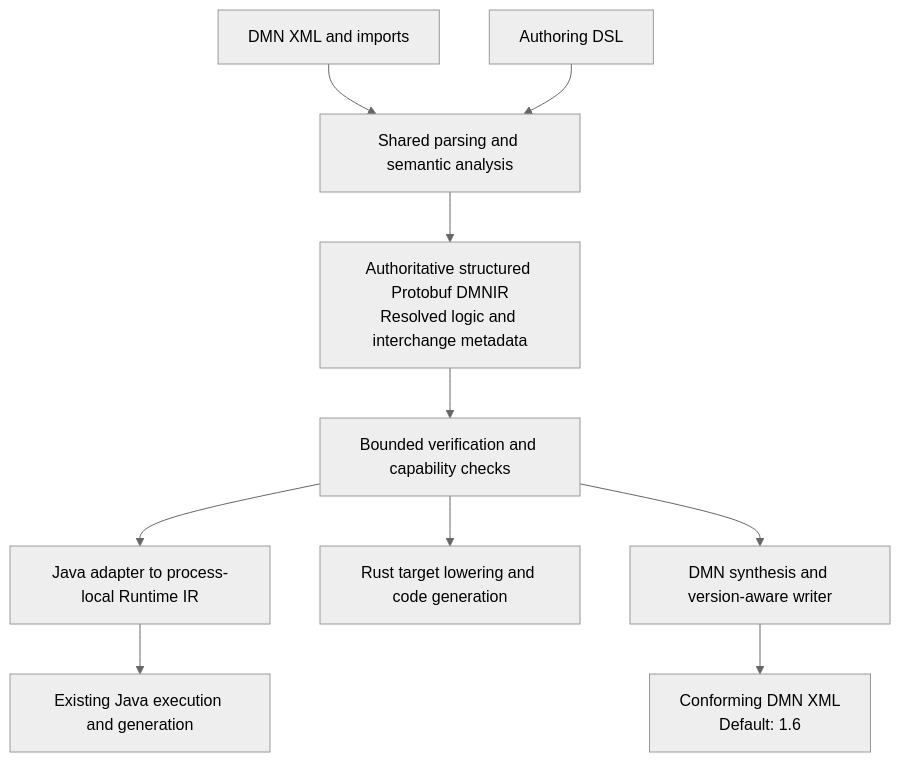
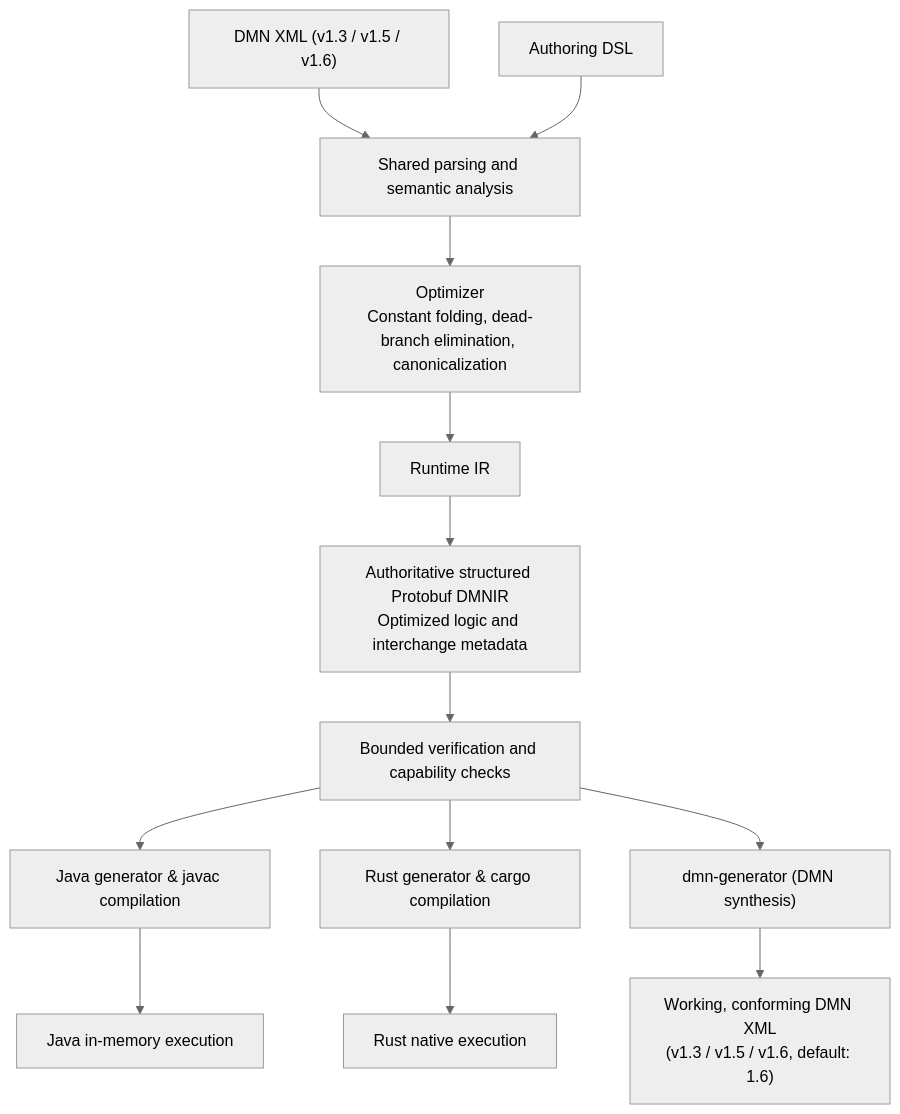
Before and after one commit to finmsg-io/dmn-compiler-toolkit: the diagram in docs/architecture/adr/adr-0026-structured-portable-dmnir.md, drawn with Mermaid. The commit also changed other lines of this file and 19 other files, not shown here.

Commit message:
feat(dmnir): advance list builtins, collection coercion, and fast portable Java TCK runner

````diff
--- a/docs/architecture/adr/adr-0026-structured-portable-dmnir.md
+++ b/docs/architecture/adr/adr-0026-structured-portable-dmnir.md
@@ -32,13 +32,16 @@
 ```mermaid
 %%{init: {'theme':'neutral'}}%%
 flowchart TD
-    XML["DMN XML and imports"] --> Shared["Shared parsing and semantic analysis"]
+    XML["DMN XML (v1.3 / v1.5 / v1.6)"] --> Shared["Shared parsing and semantic analysis"]
     DSL["Authoring DSL"] --> Shared
-    Shared --> Portable["Authoritative structured Protobuf DMNIR<br/>Resolved logic and interchange metadata"]
+    Shared --> Opt["Optimizer<br/>Constant folding, dead-branch elimination, canonicalization"]
+    Opt --> RuntimeIR["Runtime IR"]
+    RuntimeIR --> Portable["Authoritative structured Protobuf DMNIR<br/>Optimized logic and interchange metadata"]
     Portable --> Verify["Bounded verification and capability checks"]
-    Verify --> Java["Java adapter to process-local Runtime IR"]
-    Verify --> Rust["Rust target lowering and code generation"]
-    Verify --> Export["DMN synthesis and version-aware writer"]
-    Java --> JavaExec["Existing Java execution and generation"]
-    Export --> DMN["Conforming DMN XML<br/>Default: 1.6"]
+    Verify --> Java["Java generator & javac compilation"]
+    Verify --> Rust["Rust generator & cargo compilation"]
+    Verify --> Export["dmn-generator (DMN synthesis)"]
+    Java --> JavaExec["Java in-memory execution"]
+    Rust --> RustExec["Rust native execution"]
+    Export --> DMN["Working, conforming DMN XML<br/>(v1.3 / v1.5 / v1.6, default: 1.6)"]
 ```
````
